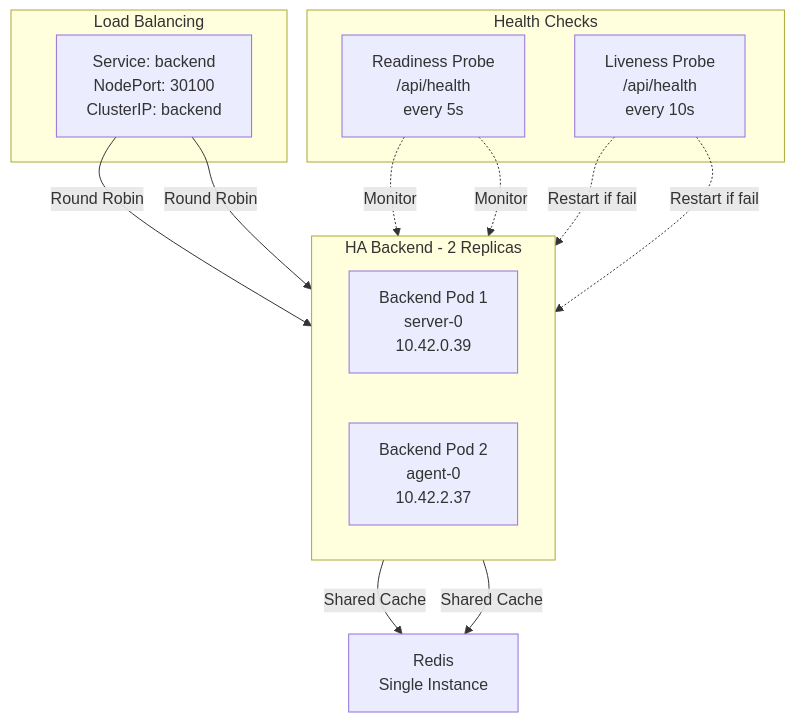
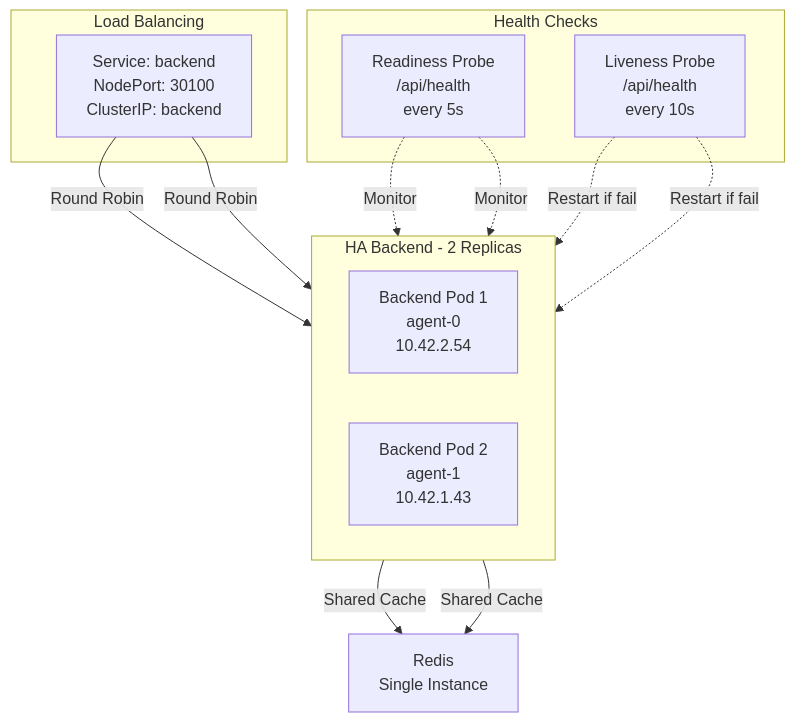
The fourth of 6 diagrams in ARQUITECTURA.md (Andre-Leandro/Description-Evaluator), drawn with Mermaid before and after one commit. The commit also changed other lines of this file and 1 other file, not shown here.

Commit message:
Actualizar la arquitectura y configuración del backend para reflejar la distribución de réplicas y agregar anti-affinity en el despliegue.

````diff
--- a/ARQUITECTURA.md
+++ b/ARQUITECTURA.md
@@ -222,28 +224,28 @@
 ```mermaid
 graph TB
     subgraph "HA Backend - 2 Replicas"
         direction LR
-        B1["Backend Pod 1<br/>server-0<br/>10.42.0.39"]
-        B2["Backend Pod 2<br/>agent-0<br/>10.42.2.37"]
+        B1["Backend Pod 1<br/>agent-0<br/>10.42.2.54"]
+        B2["Backend Pod 2<br/>agent-1<br/>10.42.1.43"]
     end
 
     subgraph "Load Balancing"
         SVC["Service: backend<br/>NodePort: 30100<br/>ClusterIP: backend"]
     end
 
     subgraph "Health Checks"
         READY["Readiness Probe<br/>/api/health<br/>every 5s"]
         LIVE["Liveness Probe<br/>/api/health<br/>every 10s"]
     end
 
     SVC -->|Round Robin| B1
     SVC -->|Round Robin| B2
 
     READY -.->|Monitor| B1
     READY -.->|Monitor| B2
     LIVE -.->|Restart if fail| B1
     LIVE -.->|Restart if fail| B2
 
     B1 -->|Shared Cache| REDIS["Redis<br/>Single Instance"]
     B2 -->|Shared Cache| REDIS
 ```
````
